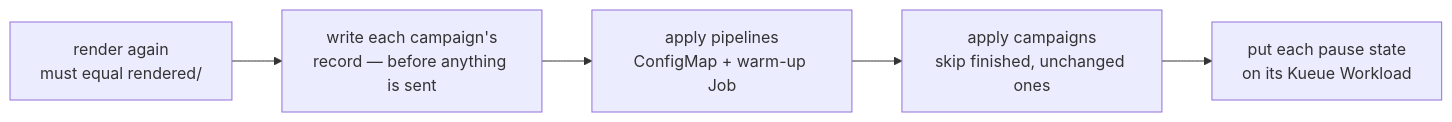
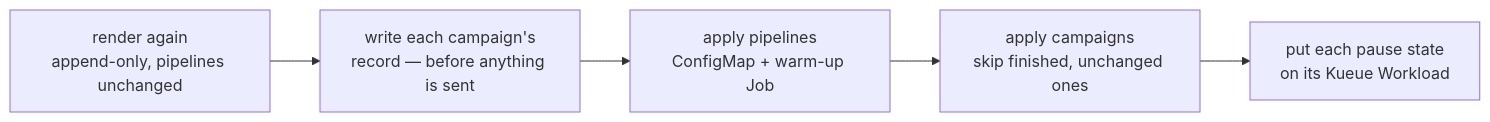
One commit to AI-Riksarkivet/htrflow-batch changed the diagram in docs/slides/assets/part-2-your-interface-is-git-2.mmd. Above: the diagram before and after it, drawn with Mermaid. The commit also changed 8 other files, not shown here.

```diff
--- a/docs/slides/assets/part-2-your-interface-is-git-2.mmd
+++ b/docs/slides/assets/part-2-your-interface-is-git-2.mmd
@@ -1,7 +1,7 @@
 flowchart LR
-  R["render again<br/>must equal rendered/"]
+  R["render again<br/>append-only, pipelines unchanged"]
   W["write each campaign's<br/>record — before anything is sent"]
   P["apply pipelines<br/>ConfigMap + warm-up Job"]
   C["apply campaigns<br/>skip finished, unchanged ones"]
   S["put each pause state<br/>on its Kueue Workload"]
   R --> W --> P --> C --> S
```
